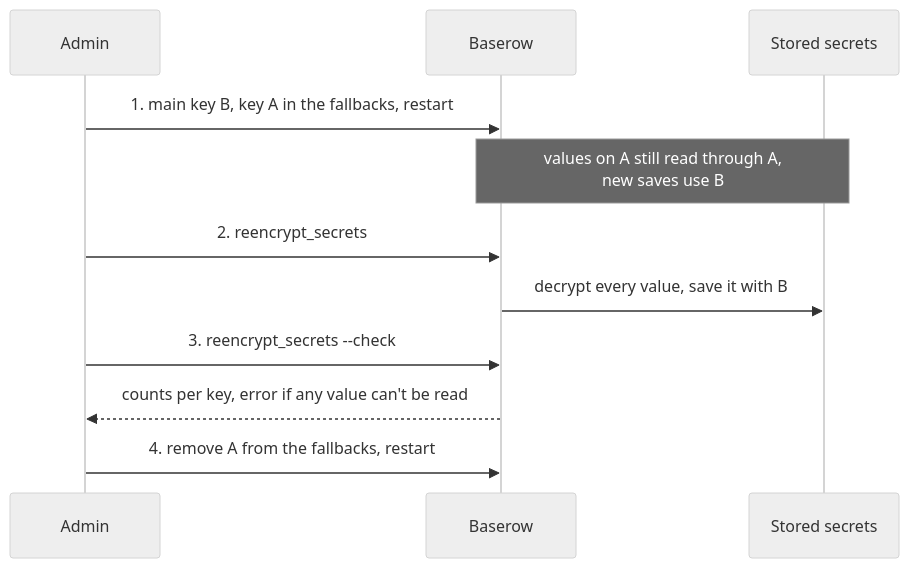
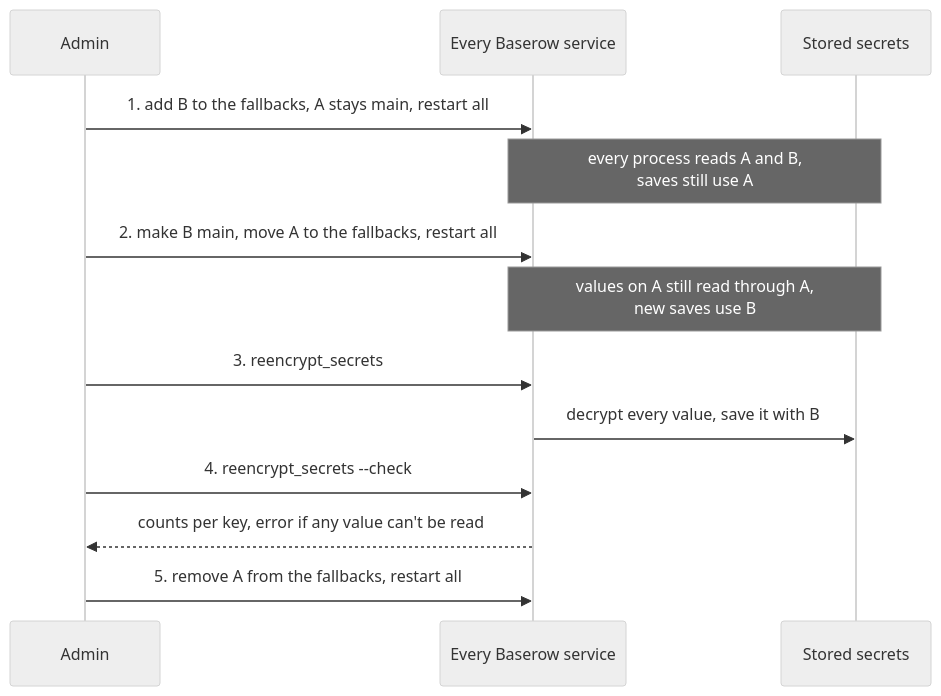
The third of 4 diagrams in docs/technical/encrypted-secrets.md (baserow/baserow), drawn with Mermaid (neutral theme) before and after one commit. The commit also changed other lines of this file and 1 other file, not shown here.

First line of the commit message:
docs: stage key changes in the encrypted secrets guide

````diff
--- a/docs/technical/encrypted-secrets.md
+++ b/docs/technical/encrypted-secrets.md
@@ -118,14 +121,16 @@
 ```mermaid
 sequenceDiagram
     participant Admin
-    participant Baserow
+    participant Baserow as Every Baserow service
     participant DB as Stored secrets
 
-    Admin->>Baserow: 1. main key B, key A in the fallbacks, restart
+    Admin->>Baserow: 1. add B to the fallbacks, A stays main, restart all
+    Note over Baserow,DB: every process reads A and B,<br/>saves still use A
+    Admin->>Baserow: 2. make B main, move A to the fallbacks, restart all
     Note over Baserow,DB: values on A still read through A,<br/>new saves use B
-    Admin->>Baserow: 2. reencrypt_secrets
+    Admin->>Baserow: 3. reencrypt_secrets
     Baserow->>DB: decrypt every value, save it with B
-    Admin->>Baserow: 3. reencrypt_secrets --check
+    Admin->>Baserow: 4. reencrypt_secrets --check
     Baserow-->>Admin: counts per key, error if any value can't be read
-    Admin->>Baserow: 4. remove A from the fallbacks, restart
+    Admin->>Baserow: 5. remove A from the fallbacks, restart all
 ```
````
